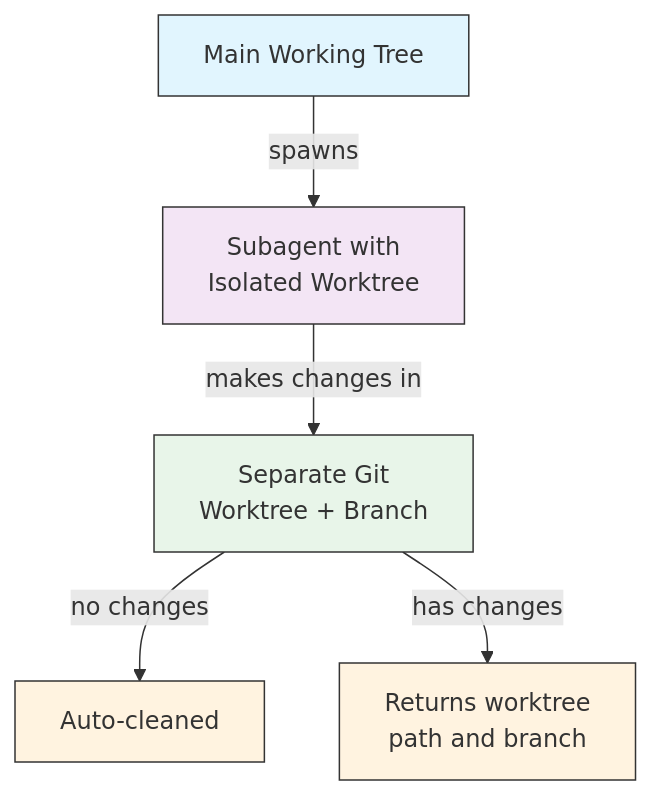
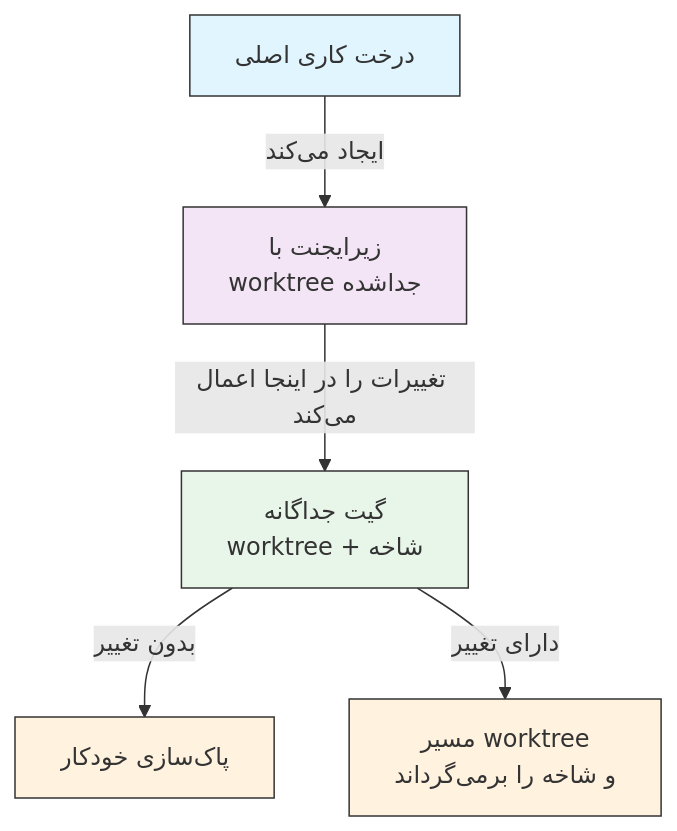
One commit to hassanbht/claude-howto changed the second of 7 diagrams in fa/04-subagents/README.md. Above: the diagram before and after it, drawn with Mermaid. The commit also changed other lines of this file and 53 other files, not shown here.

````diff
--- a/fa/04-subagents/README.md
+++ b/fa/04-subagents/README.md
@@ -583,13 +581,13 @@
 ```mermaid
 graph TB
-    Main["Main Working Tree"] -->|spawns| Sub["Subagent with<br/>Isolated Worktree"]
-    Sub -->|makes changes in| WT["Separate Git<br/>Worktree + Branch"]
-    WT -->|no changes| Clean["Auto-cleaned"]
-    WT -->|has changes| Return["Returns worktree<br/>path and branch"]
+    Main["درخت کاری اصلی"] -->|ایجاد می‌کند| Sub["زیرایجنت با<br/>worktree جداشده"]
+    Sub -->|تغییرات را در اینجا اعمال می‌کند| WT["گیت جداگانه<br/>worktree + شاخه"]
+    WT -->|بدون تغییر| Clean["پاک‌سازی خودکار"]
+    WT -->|دارای تغییر| Return["مسیر worktree<br/>و شاخه را برمی‌گرداند"]
 
     style Main fill:#e1f5fe,stroke:#333,color:#333
     style Sub fill:#f3e5f5,stroke:#333,color:#333
     style WT fill:#e8f5e9,stroke:#333,color:#333
     style Clean fill:#fff3e0,stroke:#333,color:#333
     style Return fill:#fff3e0,stroke:#333,color:#333
 ```
````
